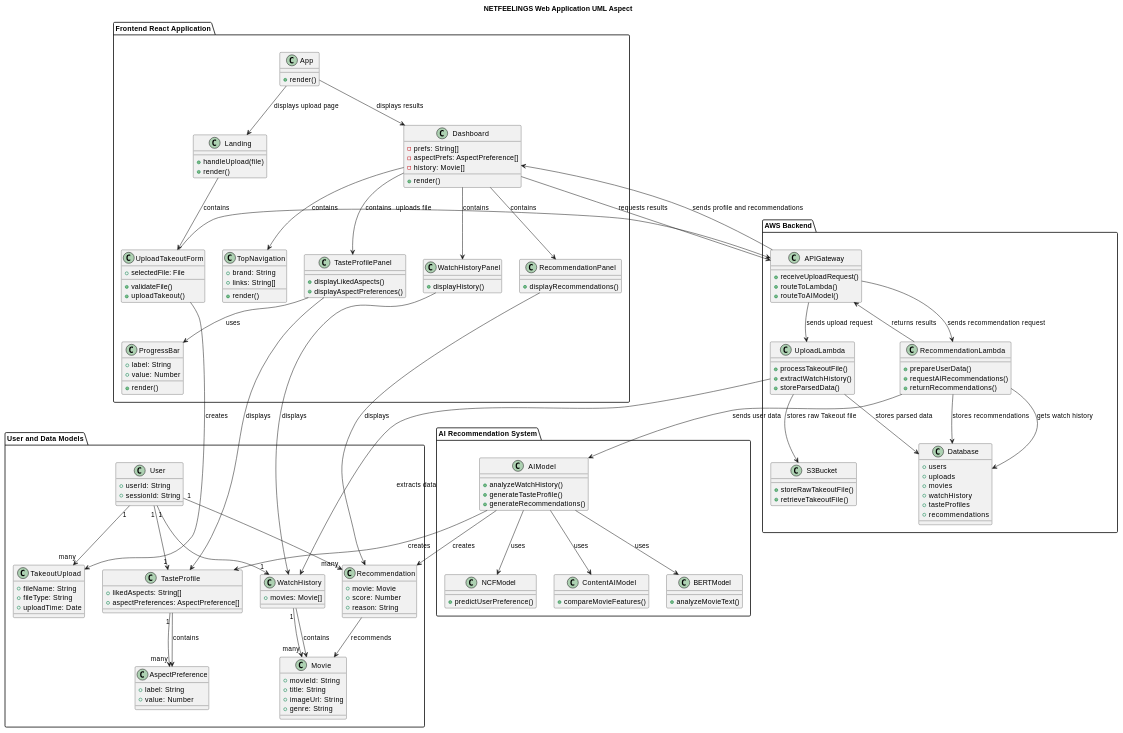
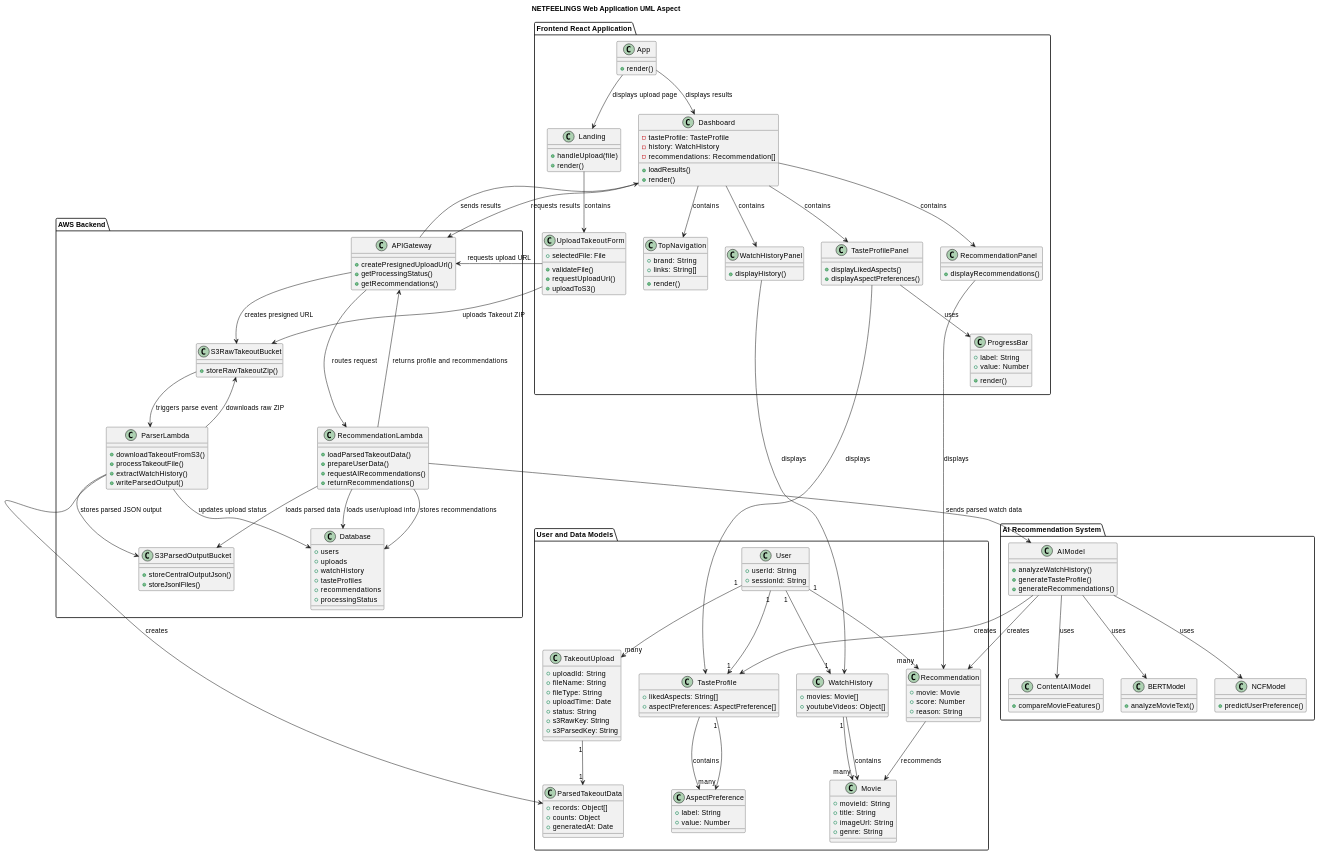
Before and after one commit to abr74/Final-Project: the diagram in uml.md, drawn with PlantUML.

Commit message:
chnages to uml

```diff
--- a/uml.md
+++ b/uml.md
@@ -3,7 +3,6 @@
 title NETFEELINGS Web Application UML Aspect
 
 package "Frontend React Application" {
-
   class App {
     +render()
   }
@@ -13,17 +12,19 @@
     +render()
   }
 
-  class Dashboard {
-    -prefs: String[]
-    -aspectPrefs: AspectPreference[]
-    -history: Movie[]
-    +render()
-  }
-
   class UploadTakeoutForm {
     +selectedFile: File
     +validateFile()
-    +uploadTakeout()
+    +requestUploadUrl()
+    +uploadToS3()
+  }
+
+  class Dashboard {
+    -tasteProfile: TasteProfile
+    -history: WatchHistory
+    -recommendations: Recommendation[]
+    +loadResults()
+    +render()
   }
 
   class TopNavigation {
@@ -53,16 +54,25 @@
 }
 
 package "User and Data Models" {
-
   class User {
     +userId: String
     +sessionId: String
   }
 
   class TakeoutUpload {
+    +uploadId: String
     +fileName: String
     +fileType: String
     +uploadTime: Date
+    +status: String
+    +s3RawKey: String
+    +s3ParsedKey: String
+  }
+
+  class ParsedTakeoutData {
+    +records: Object[]
+    +counts: Object
+    +generatedAt: Date
   }
 
   class TasteProfile {
@@ -77,6 +87,7 @@
 
   class WatchHistory {
     +movies: Movie[]
+    +youtubeVideos: Object[]
   }
 
   class Movie {
@@ -94,20 +105,30 @@
 }
 
 package "AWS Backend" {
-
   class APIGateway {
-    +receiveUploadRequest()
-    +routeToLambda()
-    +routeToAIModel()
+    +createPresignedUploadUrl()
+    +getProcessingStatus()
+    +getRecommendations()
   }
 
-  class UploadLambda {
+  class S3RawTakeoutBucket {
+    +storeRawTakeoutZip()
+  }
+
+  class ParserLambda {
+    +downloadTakeoutFromS3()
     +processTakeoutFile()
     +extractWatchHistory()
-    +storeParsedData()
+    +writeParsedOutput()
+  }
+
+  class S3ParsedOutputBucket {
+    +storeCentralOutputJson()
+    +storeJsonlFiles()
   }
 
   class RecommendationLambda {
+    +loadParsedTakeoutData()
     +prepareUserData()
     +requestAIRecommendations()
     +returnRecommendations()
@@ -116,20 +137,14 @@
   class Database {
     +users
     +uploads
-    +movies
     +watchHistory
     +tasteProfiles
     +recommendations
-  }
-
-  class S3Bucket {
-    +storeRawTakeoutFile()
-    +retrieveTakeoutFile()
+    +processingStatus
   }
 }
 
 package "AI Recommendation System" {
-
   class AIModel {
     +analyzeWatchHistory()
     +generateTasteProfile()
@@ -153,29 +168,31 @@
 App --> Dashboard : displays results
 
 Landing --> UploadTakeoutForm : contains
-UploadTakeoutForm --> TakeoutUpload : creates
-UploadTakeoutForm --> APIGateway : uploads file
+UploadTakeoutForm --> APIGateway : requests upload URL
+APIGateway --> S3RawTakeoutBucket : creates presigned URL
+UploadTakeoutForm --> S3RawTakeoutBucket : uploads Takeout ZIP
 
-APIGateway --> UploadLambda : sends upload request
-UploadLambda --> S3Bucket : stores raw Takeout file
-UploadLambda --> WatchHistory : extracts data
-UploadLambda --> Database : stores parsed data
+S3RawTakeoutBucket --> ParserLambda : triggers parse event
+ParserLambda --> S3RawTakeoutBucket : downloads raw ZIP
+ParserLambda --> ParsedTakeoutData : creates
+ParserLambda --> S3ParsedOutputBucket : stores parsed JSON output
+ParserLambda --> Database : updates upload status
 
 Dashboard --> APIGateway : requests results
-APIGateway --> RecommendationLambda : sends recommendation request
+APIGateway --> RecommendationLambda : routes request
+RecommendationLambda --> S3ParsedOutputBucket : loads parsed data
+RecommendationLambda --> Database : loads user/upload info
+RecommendationLambda --> AIModel : sends parsed watch data
 
-RecommendationLambda --> Database : gets watch history
-RecommendationLambda --> AIModel : sends user data
 AIModel --> TasteProfile : creates
 AIModel --> Recommendation : creates
-
 AIModel --> BERTModel : uses
 AIModel --> NCFModel : uses
 AIModel --> ContentAIModel : uses
 
 RecommendationLambda --> Database : stores recommendations
-RecommendationLambda --> APIGateway : returns results
-APIGateway --> Dashboard : sends profile and recommendations
+RecommendationLambda --> APIGateway : returns profile and recommendations
+APIGateway --> Dashboard : sends results
 
 Dashboard --> TopNavigation : contains
 Dashboard --> TasteProfilePanel : contains
@@ -196,6 +213,7 @@
 User "1" --> "1" WatchHistory
 User "1" --> "1" TasteProfile
 User "1" --> "many" Recommendation
+TakeoutUpload "1" --> "1" ParsedTakeoutData
 WatchHistory "1" --> "many" Movie
 TasteProfile "1" --> "many" AspectPreference
 
```
